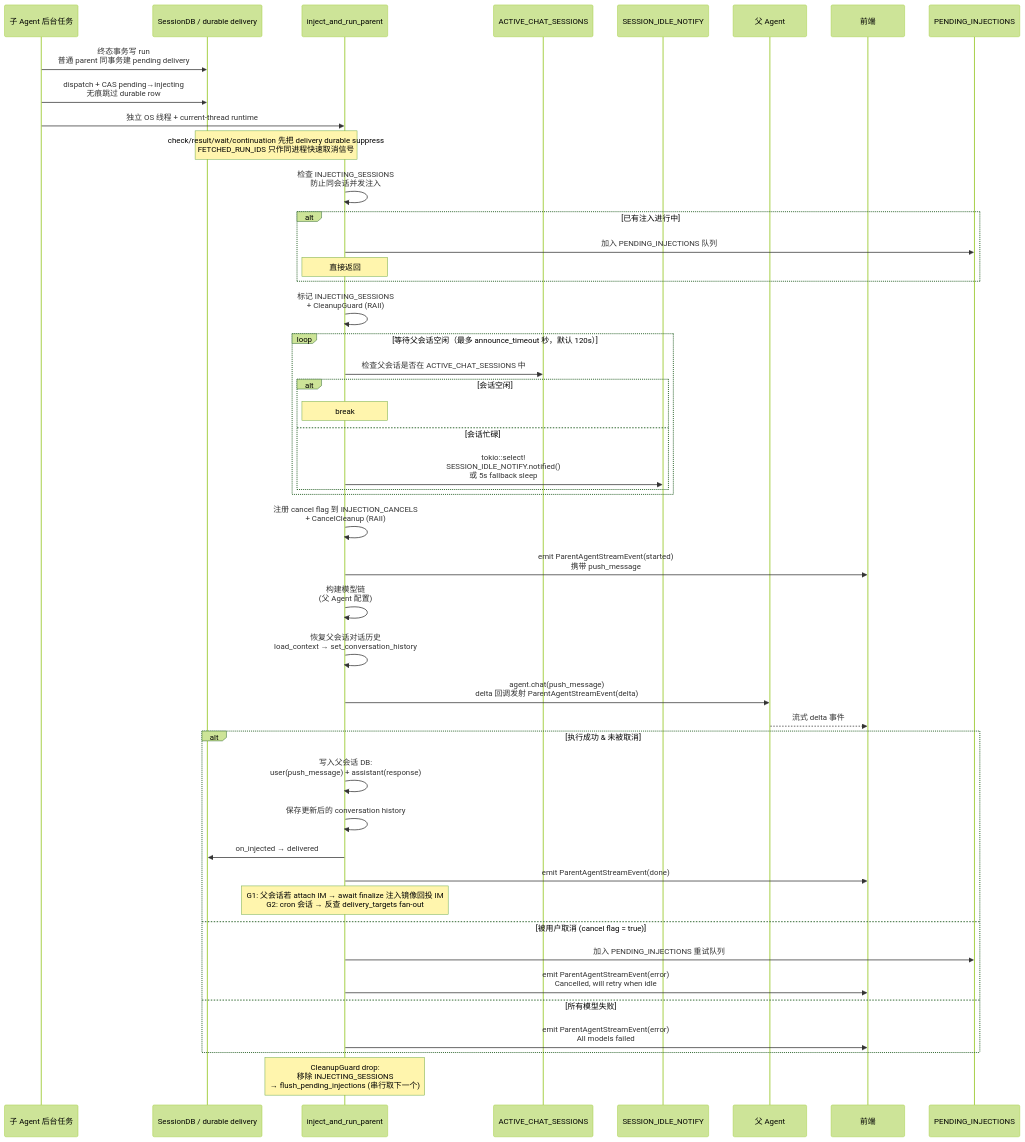
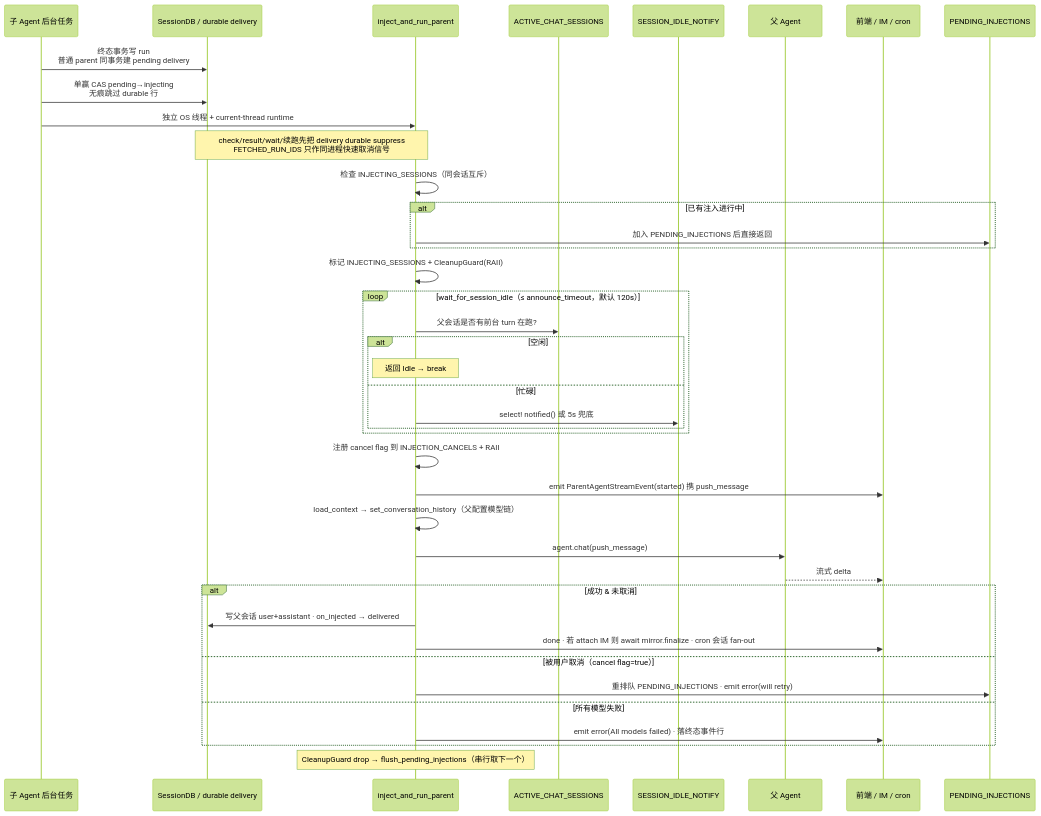
Before and after one commit to shiwenwen/hope-agent: the fifth of 6 diagrams in docs/architecture/subagent.md, drawn with Mermaid (forest theme). The commit also changed other lines of this file and 11 other files, not shown here.

First line of the commit message:
🦭docs: 第四批 12 篇按新标准重做（local-model-loading/context-compact/automation-model/artifacts/agent-config/plan-mode/hooks/goal/knowledge-base/agent-team/subagent/domain-workflow）

````diff
--- a/docs/architecture/subagent.md
+++ b/docs/architecture/subagent.md
@@ -248,58 +290,48 @@
 ```mermaid
 sequenceDiagram
     participant Sub as 子 Agent 后台任务
     participant DB as SessionDB / durable delivery
     participant Inj as inject_and_run_parent
     participant ACS as ACTIVE_CHAT_SESSIONS
     participant Notify as SESSION_IDLE_NOTIFY
     participant Parent as 父 Agent
-    participant FE as 前端
+    participant FE as 前端 / IM / cron
     participant Queue as PENDING_INJECTIONS
 
     Sub->>DB: 终态事务写 run<br/>普通 parent 同事务建 pending delivery
-    Sub->>DB: dispatch + CAS pending→injecting<br/>无痕跳过 durable row
+    Sub->>DB: 单赢 CAS pending→injecting<br/>无痕跳过 durable 行
     Sub->>Inj: 独立 OS 线程 + current-thread runtime
 
-    Note over DB,Inj: check/result/wait/continuation 先把 delivery durable suppress<br/>FETCHED_RUN_IDS 只作同进程快速取消信号
+    Note over DB,Inj: check/result/wait/续跑先把 delivery durable suppress<br/>FETCHED_RUN_IDS 只作同进程快速取消信号
 
-    Inj->>Inj: 检查 INJECTING_SESSIONS<br/>防止同会话并发注入
+    Inj->>Inj: 检查 INJECTING_SESSIONS（同会话互斥）
     alt 已有注入进行中
-        Inj->>Queue: 加入 PENDING_INJECTIONS 队列
-        Note over Inj: 直接返回
+        Inj->>Queue: 加入 PENDING_INJECTIONS 后直接返回
     end
+    Inj->>Inj: 标记 INJECTING_SESSIONS + CleanupGuard(RAII)
 
-    Inj->>Inj: 标记 INJECTING_SESSIONS<br/>+ CleanupGuard (RAII)
-
-    loop 等待父会话空闲（最多 announce_timeout 秒，默认 120s）
-        Inj->>ACS: 检查父会话是否在 ACTIVE_CHAT_SESSIONS 中
-        alt 会话空闲
-            Note over Inj: break
-        else 会话忙碌
-            Inj->>Notify: tokio::select!<br/>SESSION_IDLE_NOTIFY.notified()<br/>或 5s fallback sleep
+    loop wait_for_session_idle（≤ announce_timeout，默认 120s）
+        Inj->>ACS: 父会话是否有前台 turn 在跑?
+        alt 空闲
+            Note over Inj: 返回 Idle → break
+        else 忙碌
+            Inj->>Notify: select! notified() 或 5s 兜底
         end
     end
 
-    Inj->>Inj: 注册 cancel flag 到 INJECTION_CANCELS<br/>+ CancelCleanup (RAII)
-    Inj->>FE: emit ParentAgentStreamEvent(started)<br/>携带 push_message
+    Inj->>Inj: 注册 cancel flag 到 INJECTION_CANCELS + RAII
+    Inj->>FE: emit ParentAgentStreamEvent(started) 携 push_message
+    Inj->>Inj: load_context → set_conversation_history（父配置模型链）
+    Inj->>Parent: agent.chat(push_message)
+    Parent-->>FE: 流式 delta
 
-    Inj->>Inj: 构建模型链<br/>(父 Agent 配置)
-    Inj->>Inj: 恢复父会话对话历史<br/>load_context → set_conversation_history
-
-    Inj->>Parent: agent.chat(push_message)<br/>delta 回调发射 ParentAgentStreamEvent(delta)
-    Parent-->>FE: 流式 delta 事件
-
-    alt 执行成功 & 未被取消
-        Inj->>Inj: 写入父会话 DB:<br/>user(push_message) + assistant(response)
-        Inj->>Inj: 保存更新后的 conversation history
-        Inj->>DB: on_injected → delivered
-        Inj->>FE: emit ParentAgentStreamEvent(done)
-        Note over Inj: G1: 父会话若 attach IM → await finalize 注入镜像回投 IM<br/>G2: cron 会话 → 反查 delivery_targets fan-out
-    else 被用户取消 (cancel flag = true)
-        Inj->>Queue: 加入 PENDING_INJECTIONS 重试队列
-        Inj->>FE: emit ParentAgentStreamEvent(error)<br/>Cancelled, will retry when idle
+    alt 成功 & 未取消
+        Inj->>DB: 写父会话 user+assistant · on_injected → delivered
+        Inj->>FE: done · 若 attach IM 则 await mirror.finalize · cron 会话 fan-out
+    else 被用户取消（cancel flag=true）
+        Inj->>Queue: 重排队 PENDING_INJECTIONS · emit error(will retry)
     else 所有模型失败
-        Inj->>FE: emit ParentAgentStreamEvent(error)<br/>All models failed
+        Inj->>FE: emit error(All models failed) · 落终态事件行
     end
-
-    Note over Inj: CleanupGuard drop:<br/>移除 INJECTING_SESSIONS<br/>→ flush_pending_injections (串行取下一个)
+    Note over Inj: CleanupGuard drop → flush_pending_injections（串行取下一个）
 ```
````
